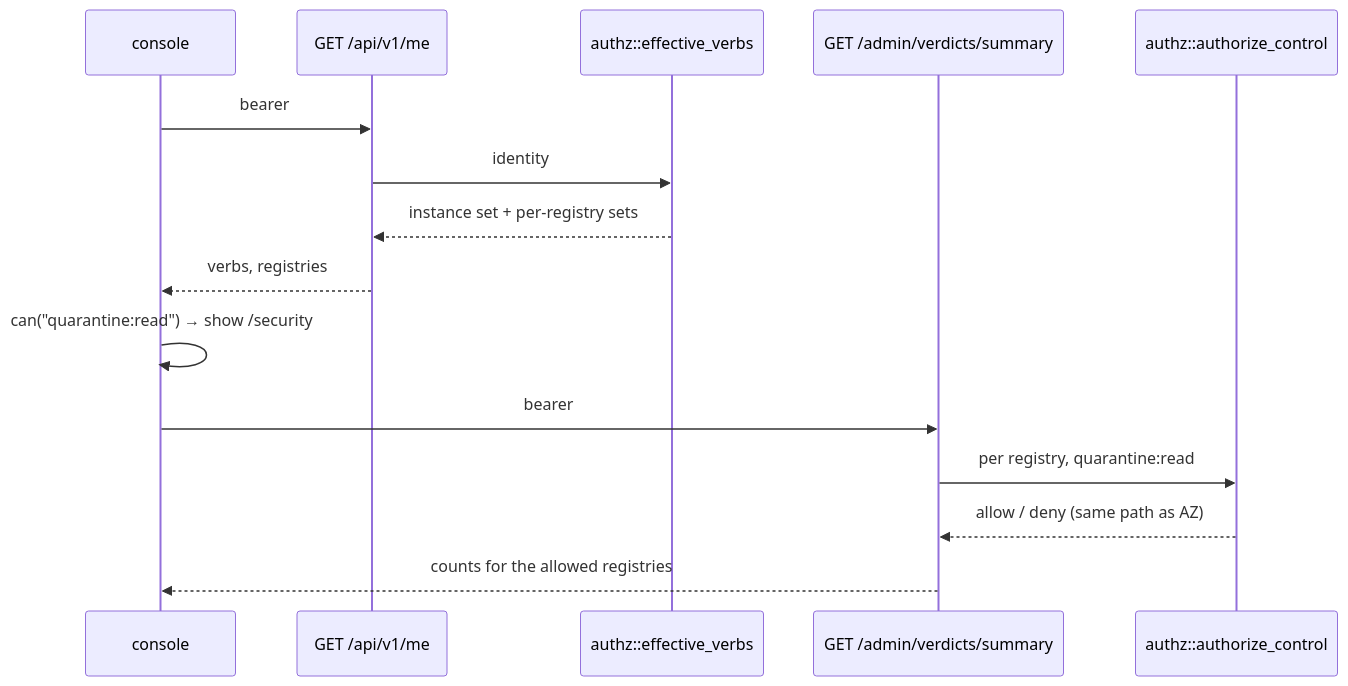
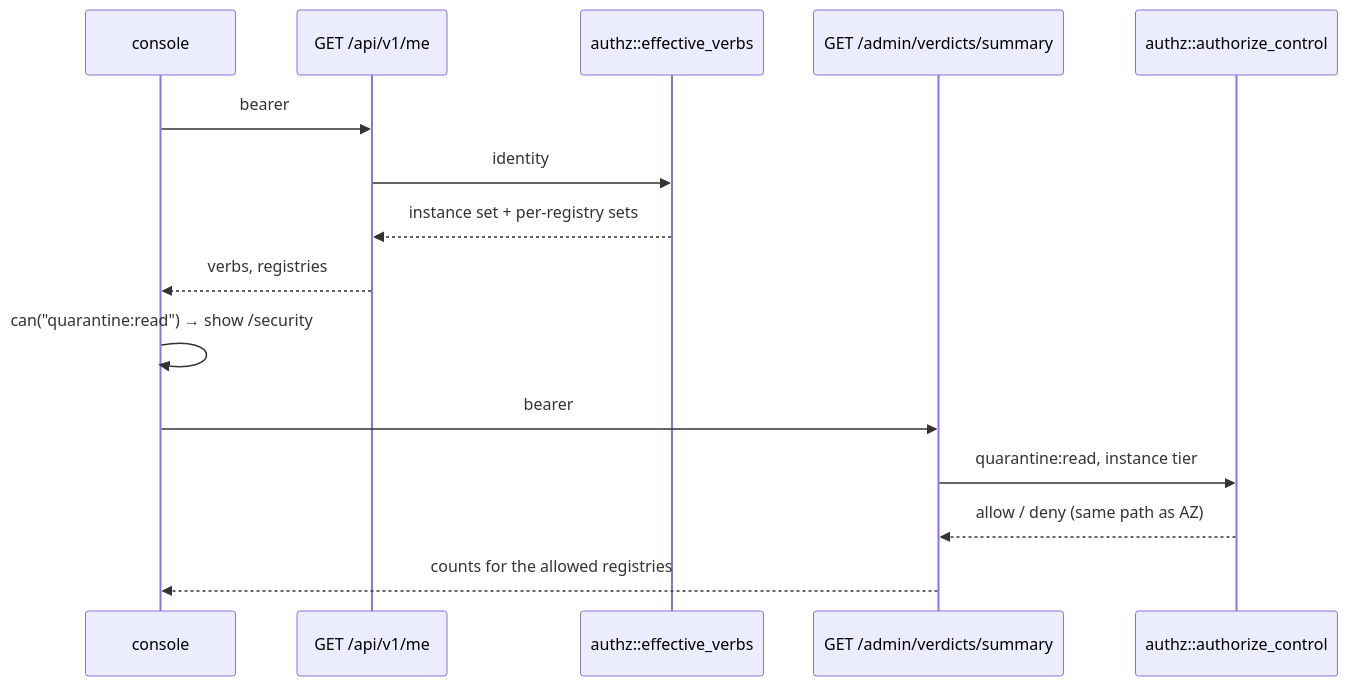
The second of 3 diagrams in docs/rfc/0042-security-console-by-verb.md (batlehub/batlehub), drawn with Mermaid before and after one commit. The commit also changed other lines of this file and 9 other files, not shown here.

````diff
--- a/docs/rfc/0042-security-console-by-verb.md
+++ b/docs/rfc/0042-security-console-by-verb.md
@@ -263,17 +263,17 @@
 ```mermaid
 sequenceDiagram
     participant UI as console
     participant ME as GET /api/v1/me
     participant AZ as authz::effective_verbs
     participant EP as GET /admin/verdicts/summary
     participant AC as authz::authorize_control
     UI->>ME: bearer
     ME->>AZ: identity
     AZ-->>ME: instance set + per-registry sets
     ME-->>UI: verbs, registries
     UI->>UI: can("quarantine:read") → show /security
     UI->>EP: bearer
-    EP->>AC: per registry, quarantine:read
+    EP->>AC: quarantine:read, instance tier
     AC-->>EP: allow / deny (same path as AZ)
     EP-->>UI: counts for the allowed registries
 ```
````
